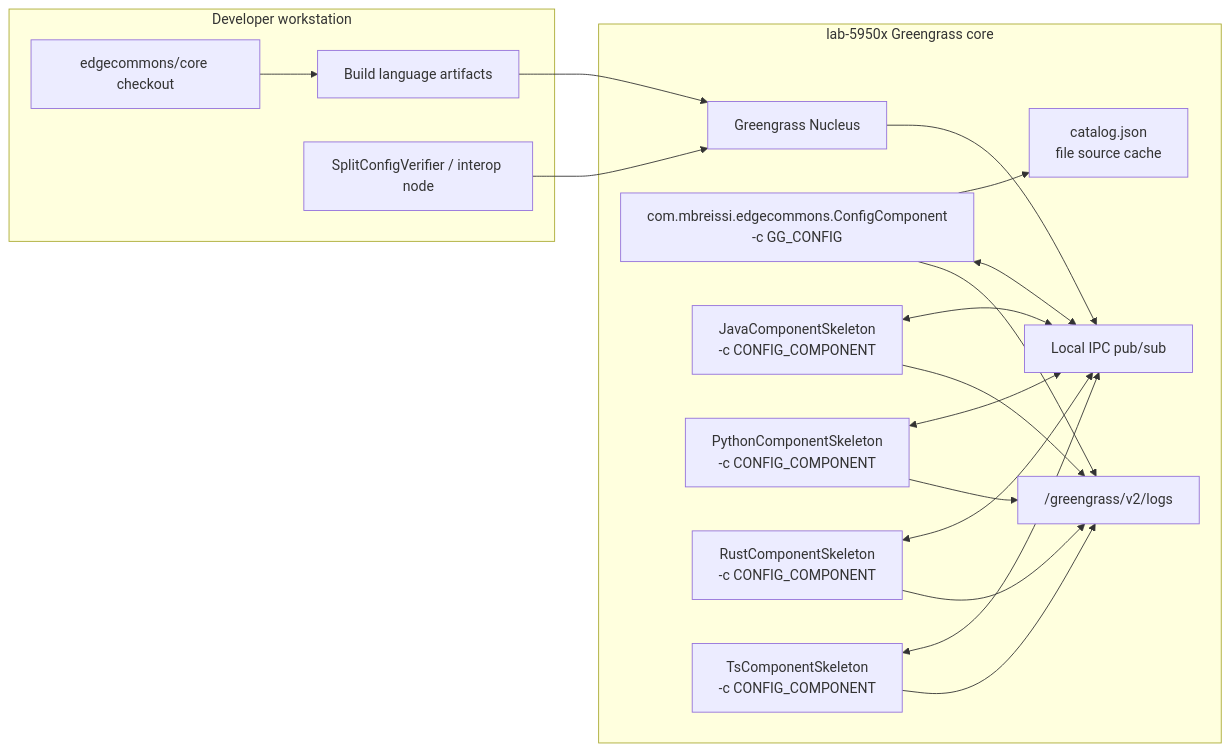
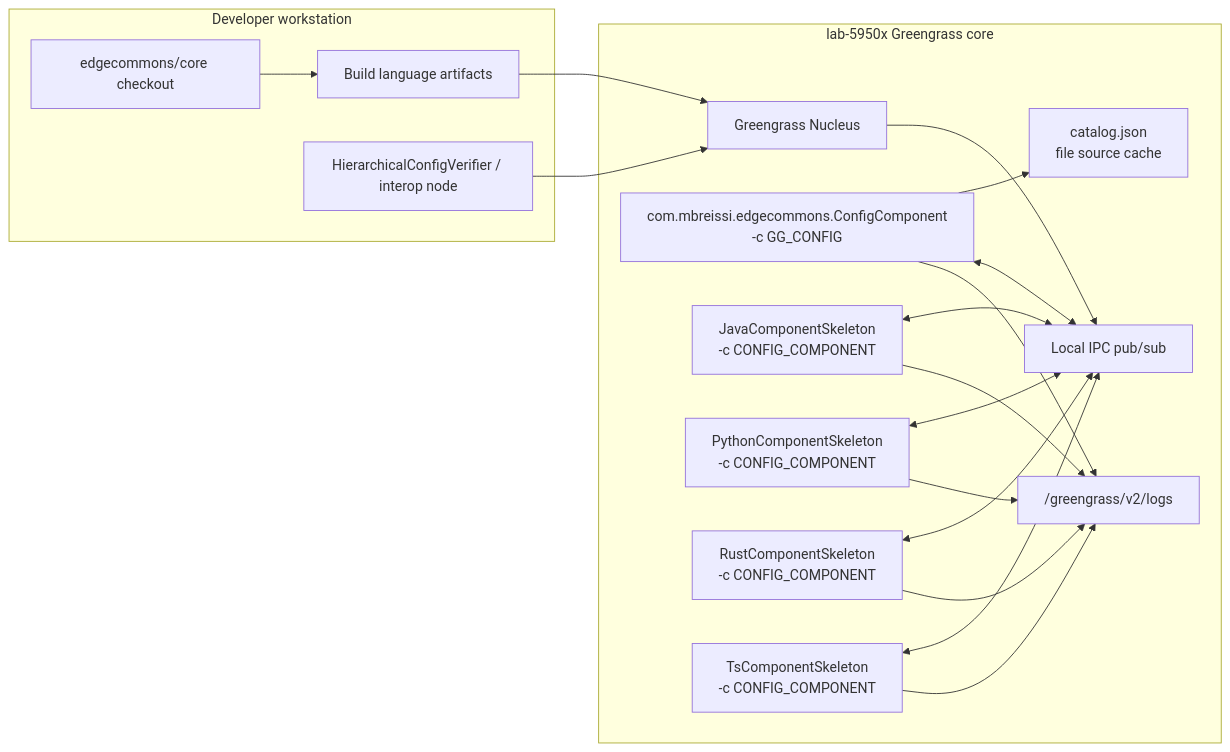
One commit to edgecommons/edgecommons changed the first of 3 diagrams in test-infra/interop/FULL_INTEROP_GREENGRASS_K8S.md. Above: the diagram before and after it, drawn with Mermaid. The commit also changed other lines of this file and 102 other files, not shown here.

Commit message:
Implement hierarchical config across providers

````diff
--- a/test-infra/interop/FULL_INTEROP_GREENGRASS_K8S.md
+++ b/test-infra/interop/FULL_INTEROP_GREENGRASS_K8S.md
@@ -45,35 +57,35 @@
 ```mermaid
 flowchart LR
     subgraph dev["Developer workstation"]
         repo["edgecommons/core checkout"]
         build["Build language artifacts"]
-        verifier["SplitConfigVerifier / interop node"]
+        verifier["HierarchicalConfigVerifier / interop node"]
     end
 
     subgraph gg["lab-5950x Greengrass core"]
         nucleus["Greengrass Nucleus"]
         ipc["Local IPC pub/sub"]
         cfg["com.mbreissi.edgecommons.ConfigComponent\n-c GG_CONFIG"]
         catalog["catalog.json\nfile source cache"]
         java["JavaComponentSkeleton\n-c CONFIG_COMPONENT"]
         py["PythonComponentSkeleton\n-c CONFIG_COMPONENT"]
         rust["RustComponentSkeleton\n-c CONFIG_COMPONENT"]
         ts["TsComponentSkeleton\n-c CONFIG_COMPONENT"]
         logs["/greengrass/v2/logs"]
     end
 
     repo --> build --> nucleus
     verifier --> nucleus
     nucleus --> ipc
     cfg --> catalog
     cfg <--> ipc
     java <--> ipc
     py <--> ipc
     rust <--> ipc
     ts <--> ipc
     java --> logs
     py --> logs
     rust --> logs
     ts --> logs
     cfg --> logs
 ```
````
